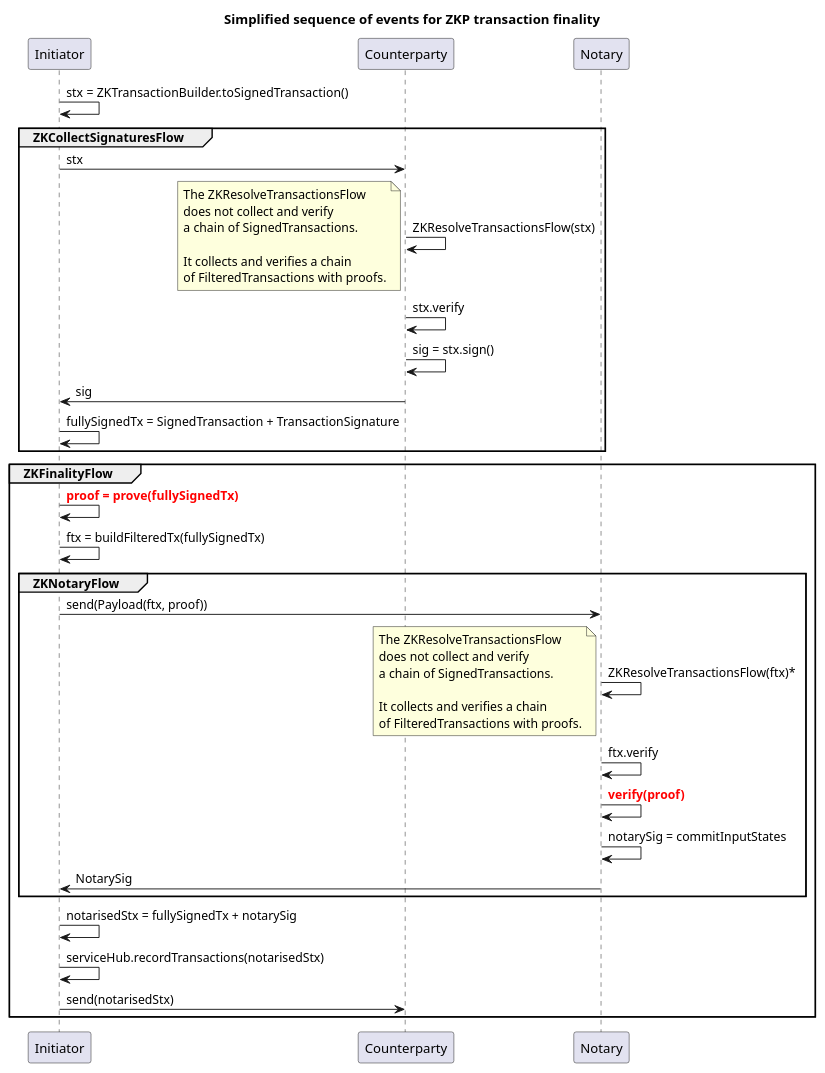
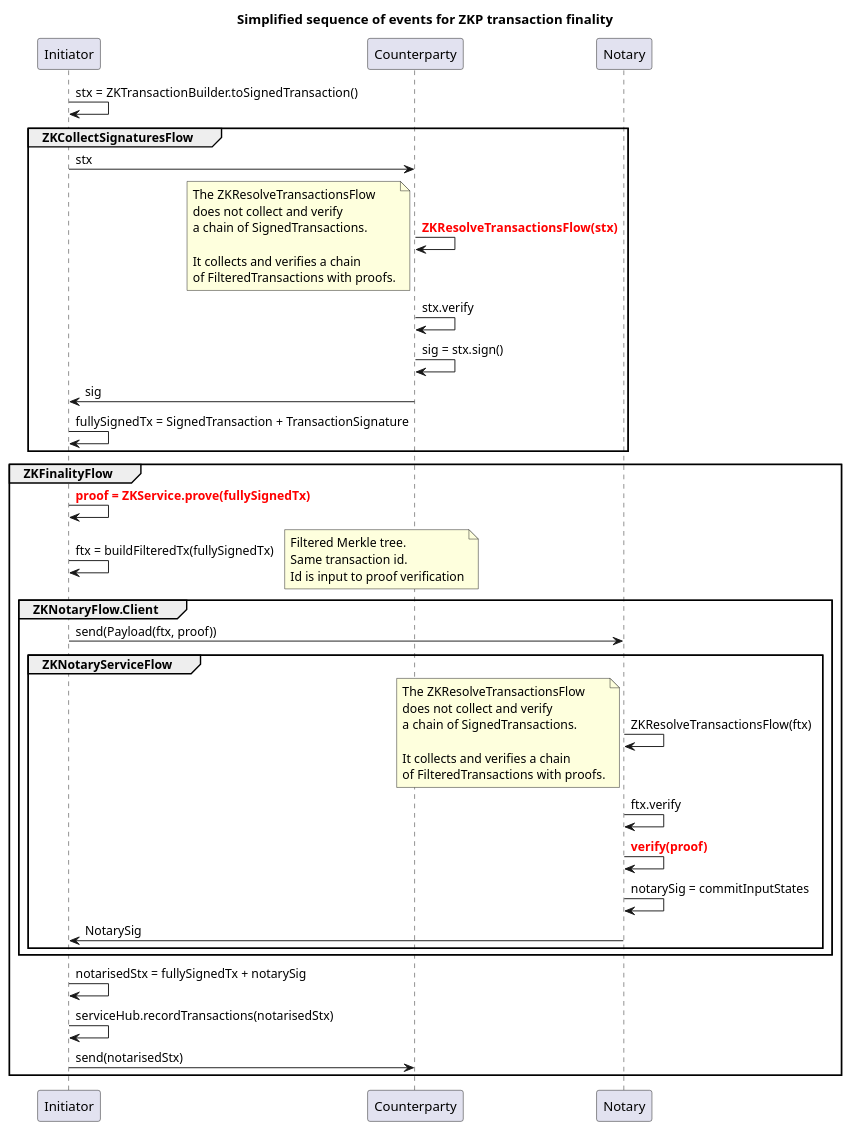
The diagram in docs/leaf-serialization.puml (ing-bank/zkflow), drawn with PlantUML before and after one commit. The commit also changed 7 other files, not shown here.

```diff
--- a/docs/leaf-serialization.puml
+++ b/docs/leaf-serialization.puml
@@ -1,48 +1,55 @@
 @startuml
 title Simplified sequence of events for ZKP transaction finality
 skinparam backgroundColor white
 
 
 
 Init as "Initiator" -> Init: stx = ZKTransactionBuilder.toSignedTransaction()
 group ZKCollectSignaturesFlow
     Init -> ctp as "Counterparty": stx
-    ctp -> ctp: ZKResolveTransactionsFlow(stx)
+    ctp -> ctp: <font color=red><b>ZKResolveTransactionsFlow(stx)</b></font>
     note left
         The ZKResolveTransactionsFlow
         does not collect and verify
         a chain of SignedTransactions.
 
         It collects and verifies a chain
         of FilteredTransactions with proofs.
     end note
     ctp -> ctp: stx.verify
     ctp -> ctp: sig = stx.sign()
     ctp -> Init: sig
     Init -> Init: fullySignedTx = SignedTransaction + TransactionSignature
 end
 
 group ZKFinalityFlow
-    Init -> Init: <font color=red><b>proof = prove(fullySignedTx)</b></font>
+    Init -> Init: <font color=red><b>proof = ZKService.prove(fullySignedTx)</b></font>
     Init -> Init: ftx = buildFilteredTx(fullySignedTx)
-    group ZKNotaryFlow
+    note right
+        Filtered Merkle tree.
+        Same transaction id.
+        Id is input to proof verification
+    end note
+    group ZKNotaryFlow.Client
         Init -> notary as "Notary":  send(Payload(ftx, proof))
-        notary -> notary: ZKResolveTransactionsFlow(ftx)*
-        note left
-            The ZKResolveTransactionsFlow
-            does not collect and verify
-            a chain of SignedTransactions.
+        group ZKNotaryServiceFlow
+            notary -> notary: ZKResolveTransactionsFlow(ftx)
+            note left
+                The ZKResolveTransactionsFlow
+                does not collect and verify
+                a chain of SignedTransactions.
 
-            It collects and verifies a chain
-            of FilteredTransactions with proofs.
-        end note
-        notary -> notary: ftx.verify
-        notary -> notary: <font color=red><b>verify(proof)</b></font>
-        notary -> notary: notarySig = commitInputStates
-        notary -> Init: NotarySig
+                It collects and verifies a chain
+                of FilteredTransactions with proofs.
+            end note
+            notary -> notary: ftx.verify
+            notary -> notary: <font color=red><b>verify(proof)</b></font>
+            notary -> notary: notarySig = commitInputStates
+            notary -> Init: NotarySig
+        end
     end
     Init -> Init: notarisedStx = fullySignedTx + notarySig
     Init -> Init: serviceHub.recordTransactions(notarisedStx)
     Init -> ctp: send(notarisedStx)
 end
 @enduml
```
